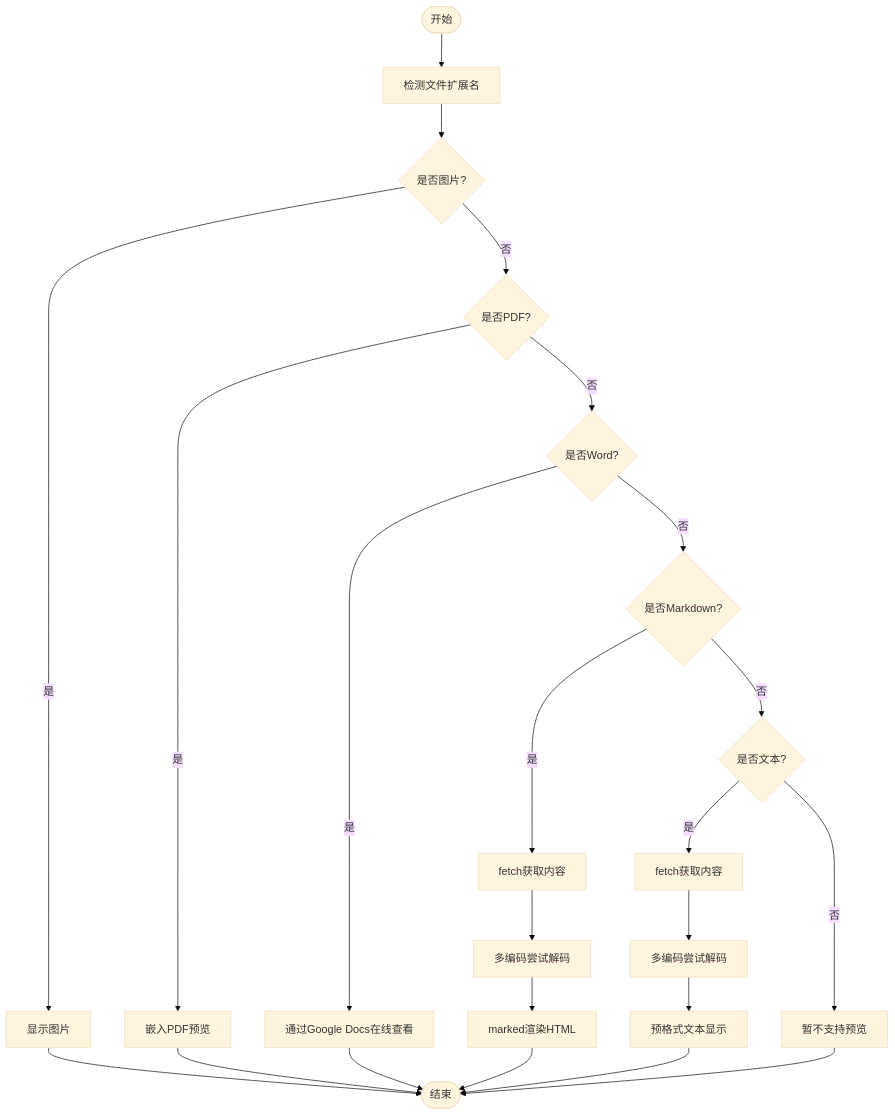
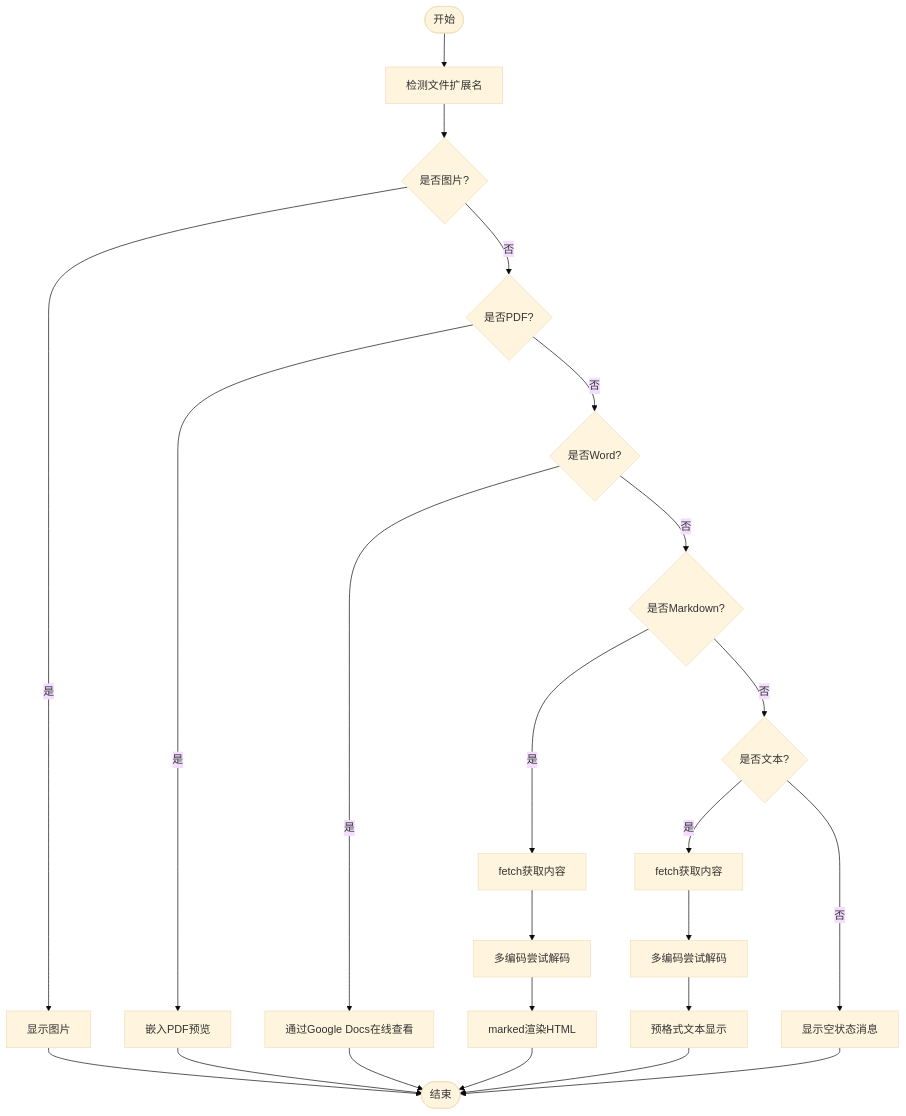
One commit to junkai-li/NetCoreKevin changed the third of 5 diagrams in .qoder/repowiki/zh/content/前端架构/组件设计/文件上传组件/文件预览功能.md. Above: the diagram before and after it, drawn with Mermaid (base theme). The commit also changed other lines of this file and 42 other files, not shown here.

````diff
--- a/.qoder/repowiki/zh/content/前端架构/组件设计/文件上传组件/文件预览功能.md
+++ b/.qoder/repowiki/zh/content/前端架构/组件设计/文件上传组件/文件预览功能.md
@@ -119,25 +133,25 @@
 ```mermaid
 flowchart TD
 Start(["开始"]) --> Detect["检测文件扩展名"]
 Detect --> IsImage{"是否图片?"}
 IsImage -- 是 --> ShowImg["显示图片"]
 IsImage -- 否 --> IsPDF{"是否PDF?"}
 IsPDF -- 是 --> EmbedPdf["嵌入PDF预览"]
 IsPDF -- 否 --> IsWord{"是否Word?"}
 IsWord -- 是 --> GoogleDocs["通过Google Docs在线查看"]
 IsWord -- 否 --> IsMD{"是否Markdown?"}
 IsMD -- 是 --> FetchMd["fetch获取内容"]
 FetchMd --> Decode["多编码尝试解码"]
 Decode --> RenderMd["marked渲染HTML"]
 IsMD -- 否 --> IsText{"是否文本?"}
 IsText -- 是 --> FetchTxt["fetch获取内容"]
 FetchTxt --> DecodeTxt["多编码尝试解码"]
 DecodeTxt --> RenderTxt["预格式文本显示"]
-IsText -- 否 --> NotSupported["暂不支持预览"]
+IsText -- 否 --> NotSupported["显示空状态消息"]
 ShowImg --> End(["结束"])
 EmbedPdf --> End
 GoogleDocs --> End
 RenderMd --> End
 RenderTxt --> End
 NotSupported --> End
 ```
````
